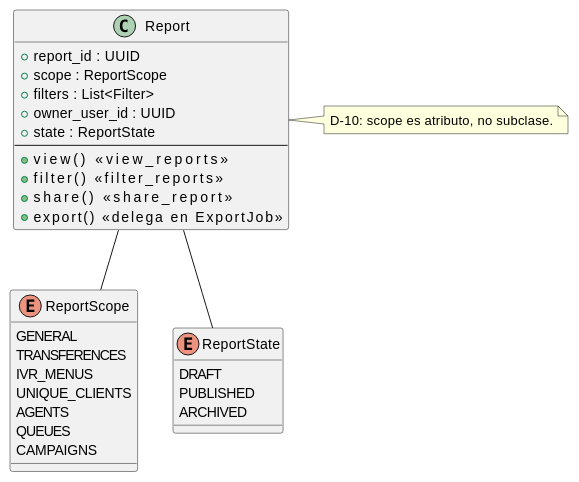
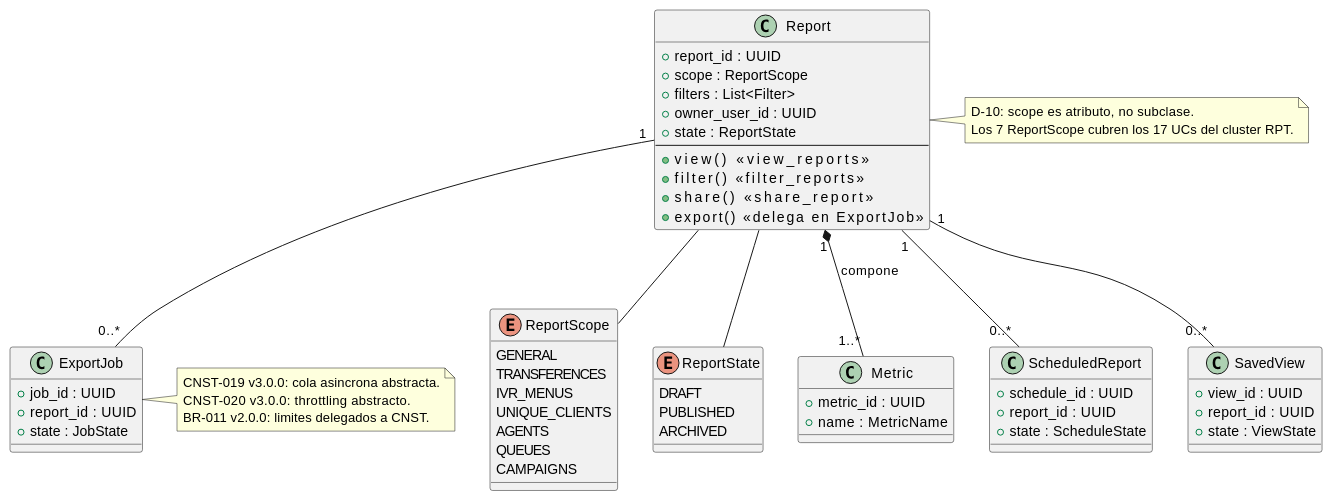
The diagram in source/arquitectura-tecnica/domain-model/report.rst (jcg-admin/IACT-docs), drawn with PlantUML before and after one commit. The commit also changed other lines of this file and 51 other files, not shown here.

```diff
--- a/source/arquitectura-tecnica/domain-model/report.rst
+++ b/source/arquitectura-tecnica/domain-model/report.rst
@@ -25,42 +25,76 @@
 .. uml::
  :caption: Clase Report — reporte con scope canonico.
 
  @startuml
 
  class Report {
    + report_id : UUID
    + scope : ReportScope
    + filters : List<Filter>
    + owner_user_id : UUID
    + state : ReportState
    --
    + view()                <<view_reports>>
    + filter()              <<filter_reports>>
    + share()               <<share_report>>
    + export()              <<delega en ExportJob>>
  }
 
  enum ReportScope {
    GENERAL
    TRANSFERENCES
    IVR_MENUS
    UNIQUE_CLIENTS
    AGENTS
    QUEUES
    CAMPAIGNS
  }
 
  enum ReportState {
    DRAFT
    PUBLISHED
    ARCHIVED
  }
 
+ class Metric {
+   + metric_id : UUID
+   + name : MetricName
+ }
+
+ class ExportJob {
+   + job_id : UUID
+   + report_id : UUID
+   + state : JobState
+ }
+
+ class ScheduledReport {
+   + schedule_id : UUID
+   + report_id : UUID
+   + state : ScheduleState
+ }
+
+ class SavedView {
+   + view_id : UUID
+   + report_id : UUID
+   + state : ViewState
+ }
+
  Report -- ReportScope
  Report -- ReportState
+ Report "1" *-- "1..*" Metric            : compone
+ Report "1" -- "0..*" ExportJob
+ Report "1" -- "0..*" ScheduledReport
+ Report "1" -- "0..*" SavedView
 
  note right of Report
    D-10: scope es atributo, no subclase.
+   Los 7 ReportScope cubren los 17 UCs del cluster RPT.
+ end note
+
+ note right of ExportJob
+   CNST-019 v3.0.0: cola asincrona abstracta.
+   CNST-020 v3.0.0: throttling abstracto.
+   BR-011 v2.0.0: limites delegados a CNST.
  end note
 
  @enduml
```
